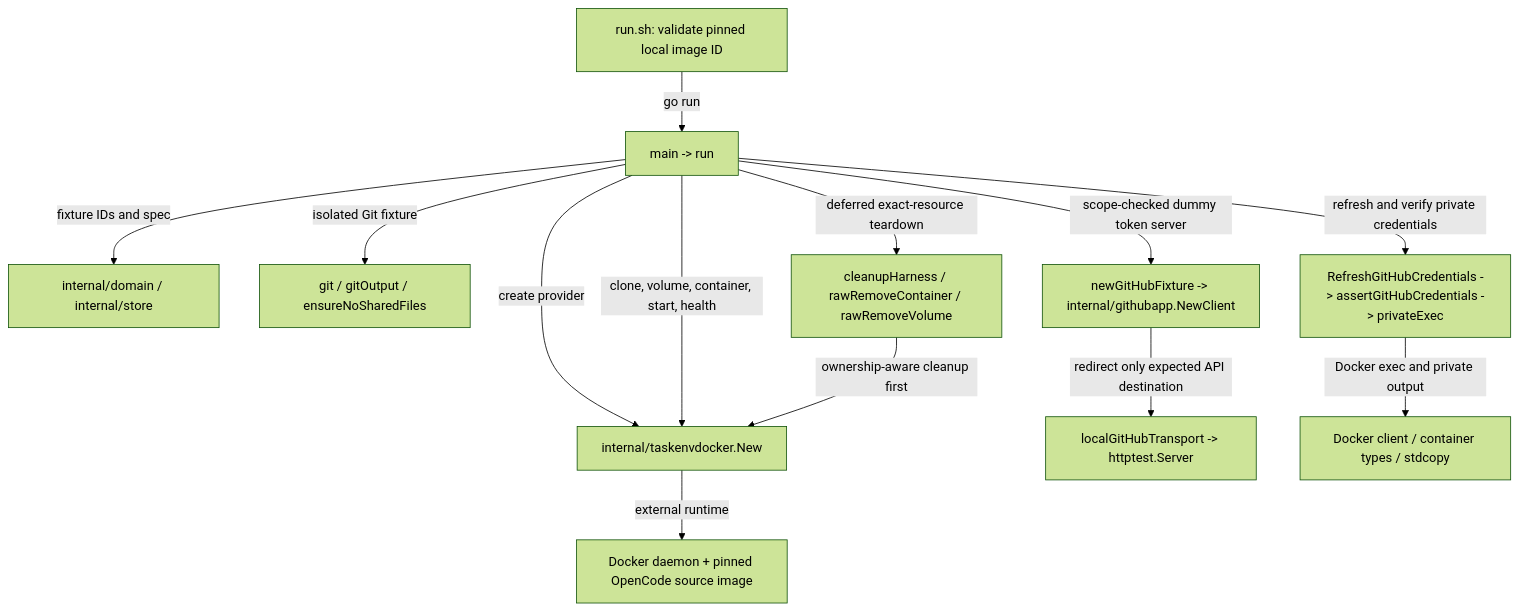
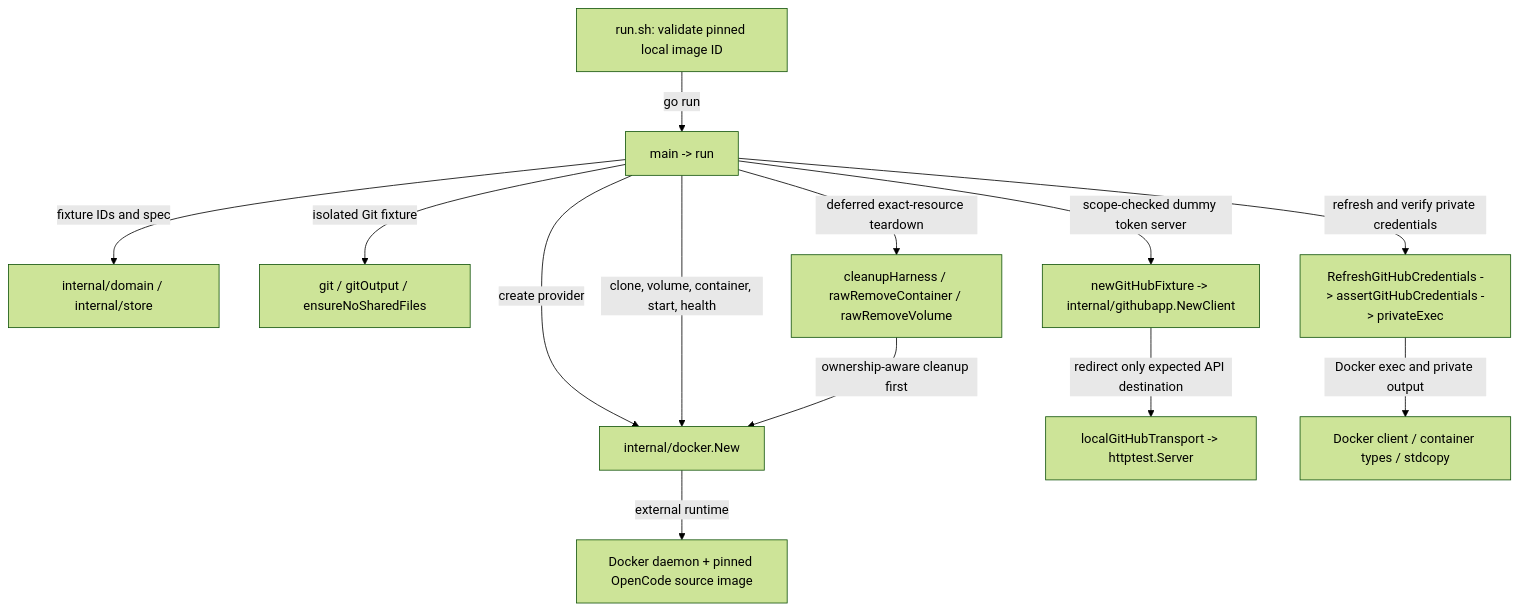
One commit to nebler/fern changed the diagram in integration/background-run-docker/README.md. Above: the diagram before and after it, drawn with Mermaid (forest theme). The commit also changed other lines of this file and 35 other files, not shown here.

First line of the commit message:
refactor: rename taskenvdocker to internal/docker

````diff
--- a/integration/background-run-docker/README.md
+++ b/integration/background-run-docker/README.md
@@ -12,15 +12,15 @@
 ```mermaid
 flowchart TD
   shell["run.sh: validate pinned local image ID"] -->|"go run"| main["main -> run"]
   main -->|"fixture IDs and spec"| identity["internal/domain / internal/store"]
-  main -->|"create provider"| provider["internal/taskenvdocker.New"]
+  main -->|"create provider"| provider["internal/docker.New"]
   main -->|"isolated Git fixture"| git["git / gitOutput / ensureNoSharedFiles"]
   main -->|"scope-checked dummy token server"| fixture["newGitHubFixture -> internal/githubapp.NewClient"]
   fixture -->|"redirect only expected API destination"| local["localGitHubTransport -> httptest.Server"]
   main -->|"clone, volume, container, start, health"| provider
   main -->|"refresh and verify private credentials"| credentials["RefreshGitHubCredentials -> assertGitHubCredentials -> privateExec"]
   credentials -->|"Docker exec and private output"| docker["Docker client / container types / stdcopy"]
   provider -->|"external runtime"| daemon["Docker daemon + pinned OpenCode source image"]
   main -->|"deferred exact-resource teardown"| cleanup["cleanupHarness / rawRemoveContainer / rawRemoveVolume"]
   cleanup -->|"ownership-aware cleanup first"| provider
 ```
````
